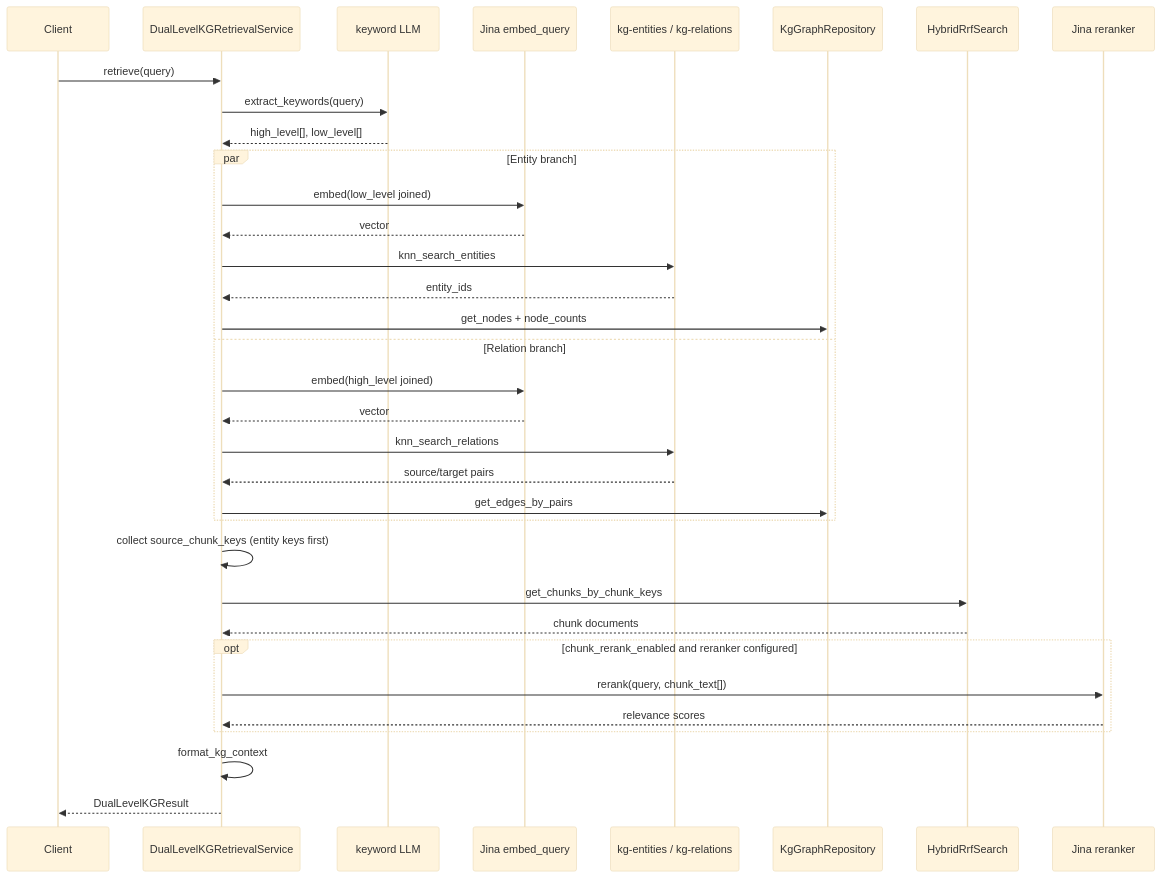
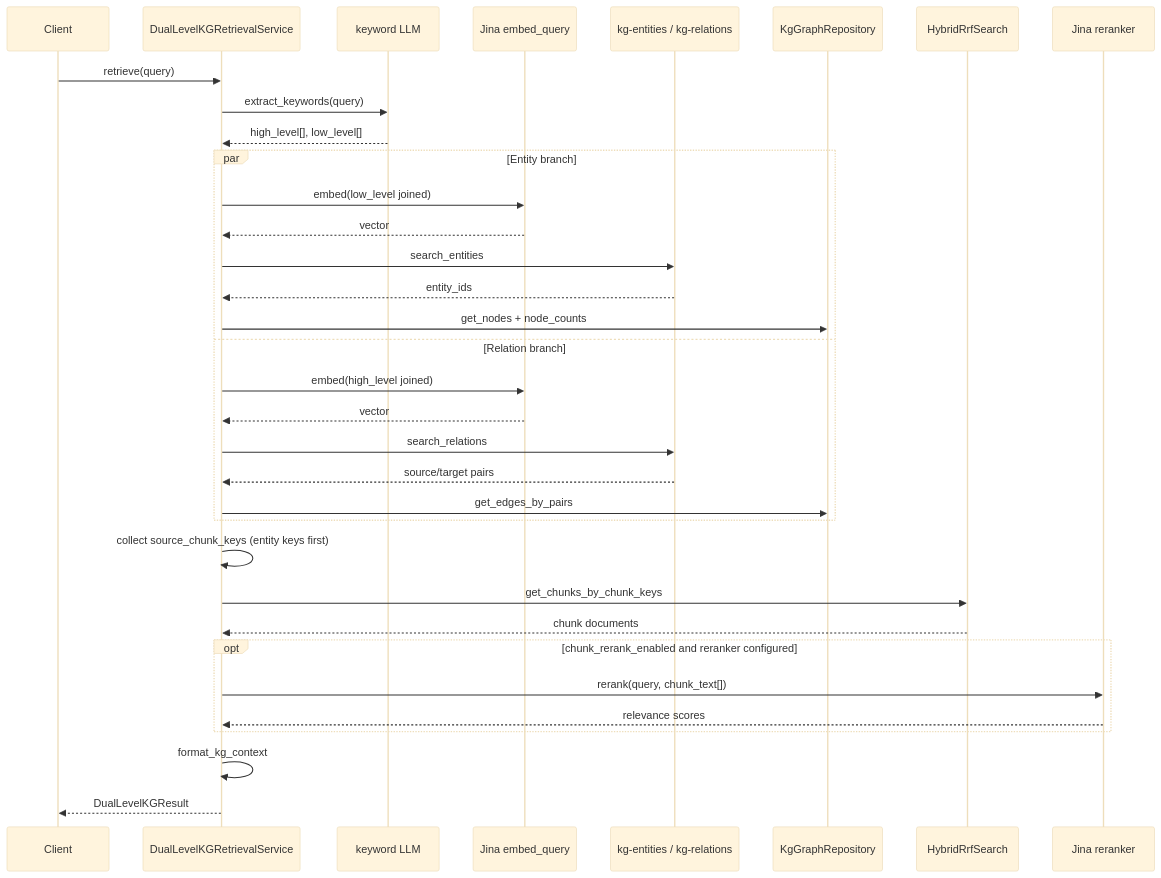
Before and after one commit to apssouza22/production-rag: the seventh of 10 diagrams in docs/knowledge-graph.md, drawn with Mermaid (base theme). The commit also changed other lines of this file and 8 other files, not shown here.

````diff
--- a/docs/knowledge-graph.md
+++ b/docs/knowledge-graph.md
@@ -364,37 +364,37 @@
 ```mermaid
 sequenceDiagram
     participant U as Client
     participant S as DualLevelKGRetrievalService
     participant LLM as keyword LLM
     participant J as Jina embed_query
     participant OS as kg-entities / kg-relations
     participant PG as KgGraphRepository
     participant CH as HybridRrfSearch
     participant JR as Jina reranker
 
     U->>S: retrieve(query)
     S->>LLM: extract_keywords(query)
     LLM-->>S: high_level[], low_level[]
     par Entity branch
         S->>J: embed(low_level joined)
         J-->>S: vector
-        S->>OS: knn_search_entities
+        S->>OS: search_entities
         OS-->>S: entity_ids
         S->>PG: get_nodes + node_counts
     and Relation branch
         S->>J: embed(high_level joined)
         J-->>S: vector
-        S->>OS: knn_search_relations
+        S->>OS: search_relations
         OS-->>S: source/target pairs
         S->>PG: get_edges_by_pairs
     end
     S->>S: collect source_chunk_keys (entity keys first)
     S->>CH: get_chunks_by_chunk_keys
     CH-->>S: chunk documents
     opt chunk_rerank_enabled and reranker configured
         S->>JR: rerank(query, chunk_text[])
         JR-->>S: relevance scores
     end
     S->>S: format_kg_context
     S-->>U: DualLevelKGResult
 ```
````
